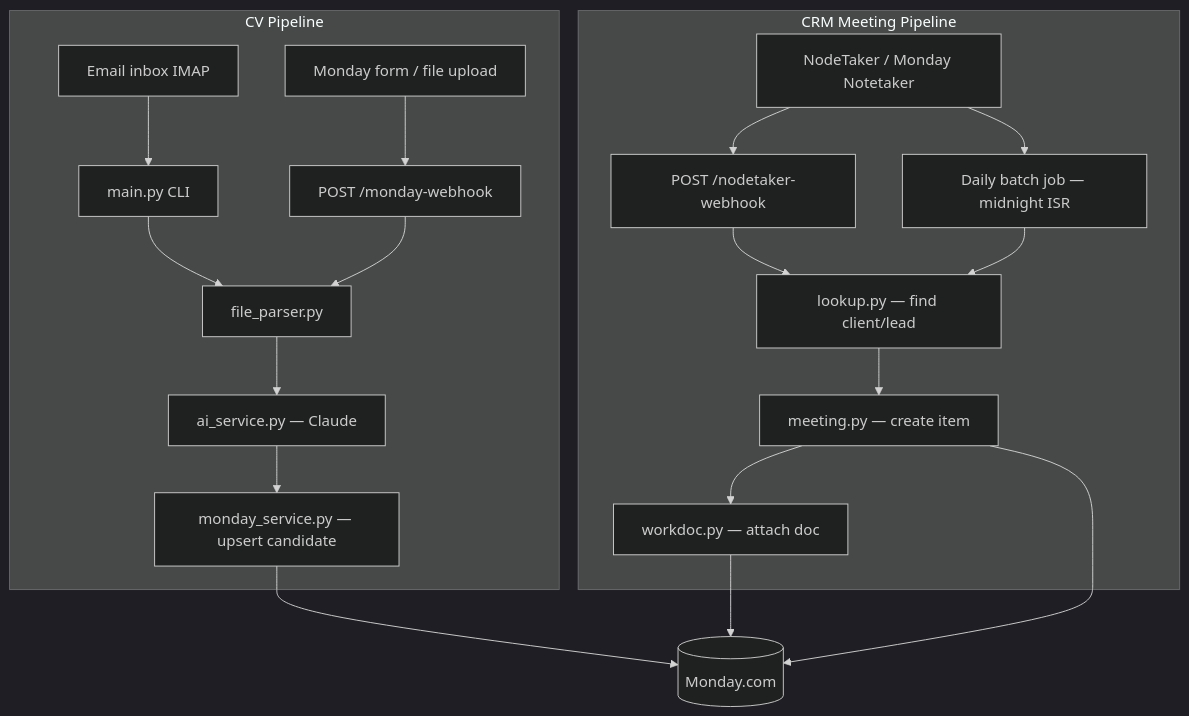
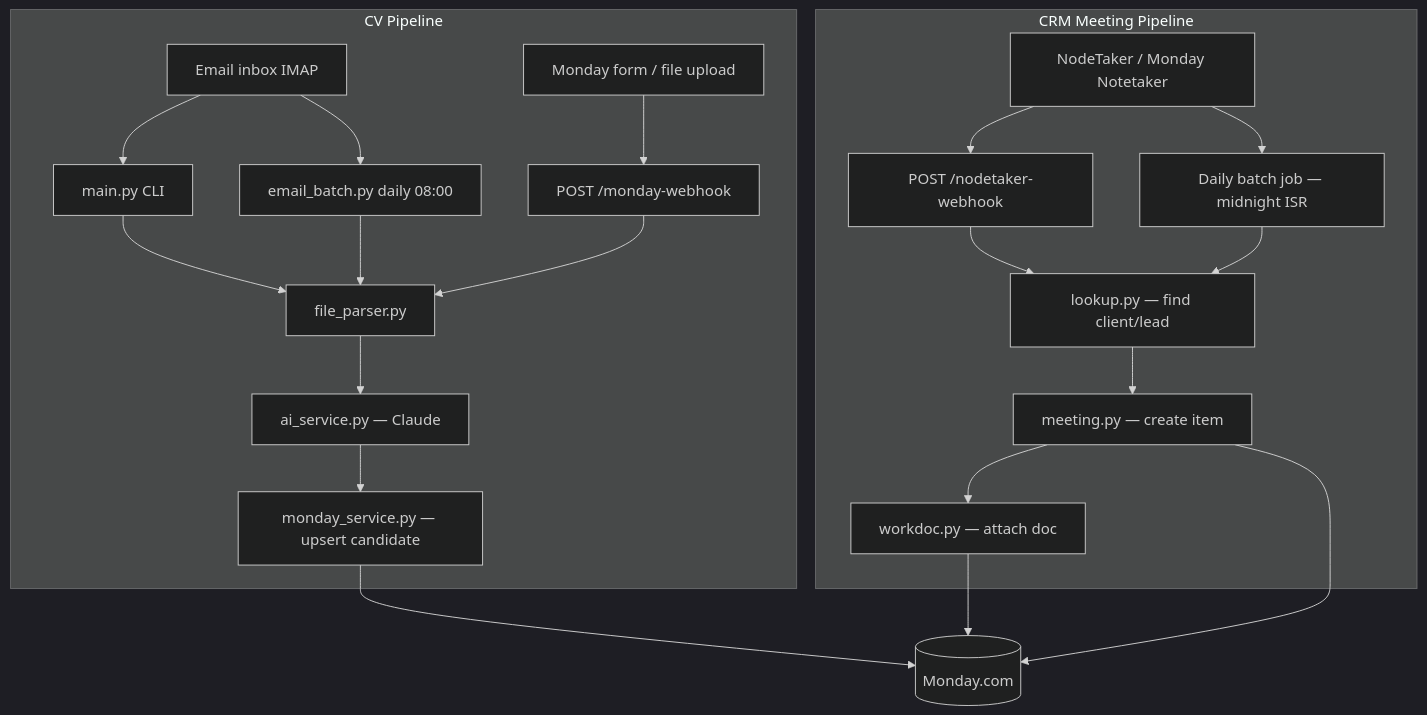
The diagram in README.md (beyondtcode/recruitment-ai-backend), drawn with Mermaid (dark theme) before and after one commit. The commit also changed other lines of this file and 7 other files, not shown here.

First line of the commit message:
Add daily email CV batch to ingest IMAP attachments into Main Hub.

````diff
--- a/README.md
+++ b/README.md
@@ -28,36 +28,38 @@
 ```mermaid
 flowchart TB
     subgraph cv [CV Pipeline]
         Email[Email inbox IMAP]
         MondayForm[Monday form / file upload]
         WebhookCV["POST /monday-webhook"]
         Parser[file_parser.py]
         Claude[ai_service.py — Claude]
         MondayCV[monday_service.py — upsert candidate]
         Email --> main_py[main.py CLI]
+        Email --> email_batch[email_batch.py daily 08:00]
         main_py --> Parser
+        email_batch --> Parser
         MondayForm --> WebhookCV
         WebhookCV --> Parser
         Parser --> Claude
         Claude --> MondayCV
     end
 
     subgraph crm [CRM Meeting Pipeline]
         NodeTaker[NodeTaker / Monday Notetaker]
         WebhookNT["POST /nodetaker-webhook"]
         Batch[Daily batch job — midnight ISR]
         Lookup[lookup.py — find client/lead]
         Meeting[meeting.py — create item]
         Workdoc[workdoc.py — attach doc]
         NodeTaker --> WebhookNT
         NodeTaker --> Batch
         WebhookNT --> Lookup
         Batch --> Lookup
         Lookup --> Meeting
         Meeting --> Workdoc
     end
 
     MondayCV --> Monday[(Monday.com)]
     Workdoc --> Monday
     Meeting --> Monday
 ```
````
